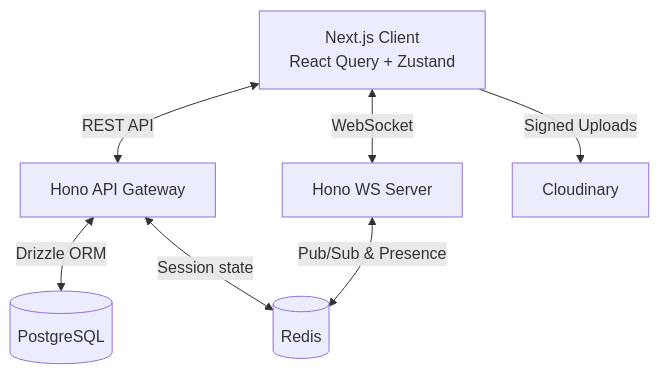
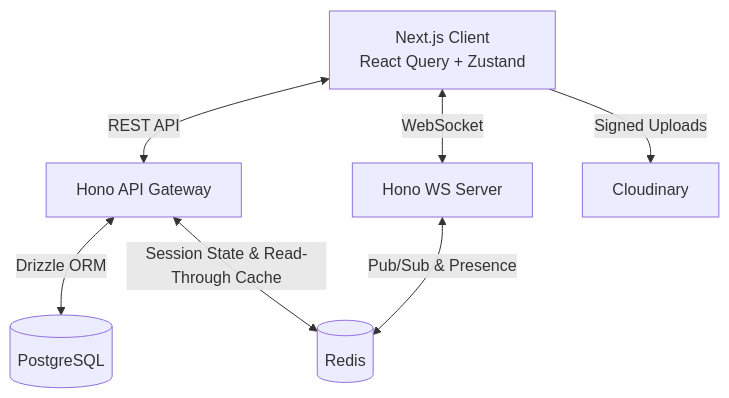
One commit to Sadik-Sami/social.IO changed the first of 2 diagrams in README.md. Above: the diagram before and after it, drawn with Mermaid. The commit also changed other lines of this file and 12 other files, not shown here.

````diff
--- a/README.md
+++ b/README.md
@@ -26,16 +26,16 @@
 ```mermaid
 graph TD
     Client[Next.js Client<br/>React Query + Zustand]
     API[Hono API Gateway]
     WS[Hono WS Server]
     DB[(PostgreSQL)]
     Cache[(Redis)]
     CDN[Cloudinary]
 
     Client <-->|REST API| API
     Client <-->|WebSocket| WS
     API <-->|Drizzle ORM| DB
     WS <-->|Pub/Sub & Presence| Cache
-    API <-->|Session state| Cache
+    API <-->|Session State & Read-Through Cache| Cache
     Client -->|Signed Uploads| CDN
 ```
````
